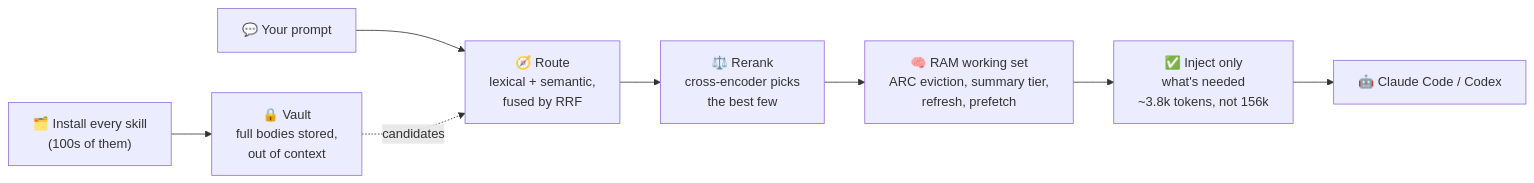
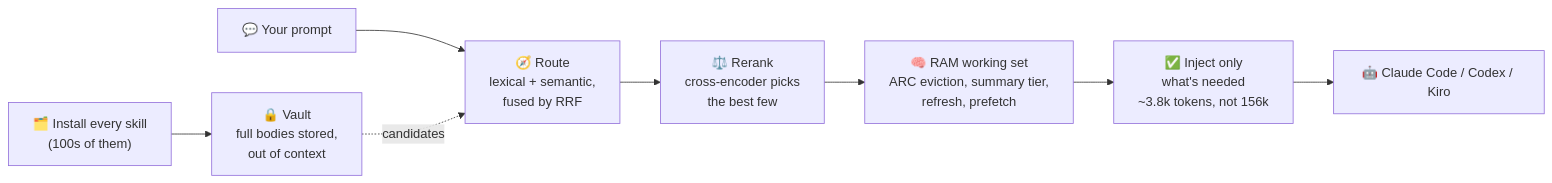
The diagram in README.md (Cyr-Ch/Skill-RAM), drawn with Mermaid before and after one commit. The commit also changed other lines of this file and 10 other files, not shown here.

````diff
--- a/README.md
+++ b/README.md
@@ -54,10 +54,10 @@
 ```mermaid
 flowchart LR
     S["🗂️ Install every skill<br/>(100s of them)"] --> V["🔒 Vault<br/>full bodies stored,<br/>out of context"]
     P["💬 Your prompt"] --> RT
     V -. candidates .-> RT["🧭 Route<br/>lexical + semantic,<br/>fused by RRF"]
     RT --> RK["⚖️ Rerank<br/>cross-encoder picks<br/>the best few"]
     RK --> RAM["🧠 RAM working set<br/>ARC eviction, summary tier,<br/>refresh, prefetch"]
     RAM --> INJ["✅ Inject only<br/>what's needed<br/>~3.8k tokens, not 156k"]
-    INJ --> AG["🤖 Claude Code / Codex"]
+    INJ --> AG["🤖 Claude Code / Codex / Kiro"]
 ```
````
